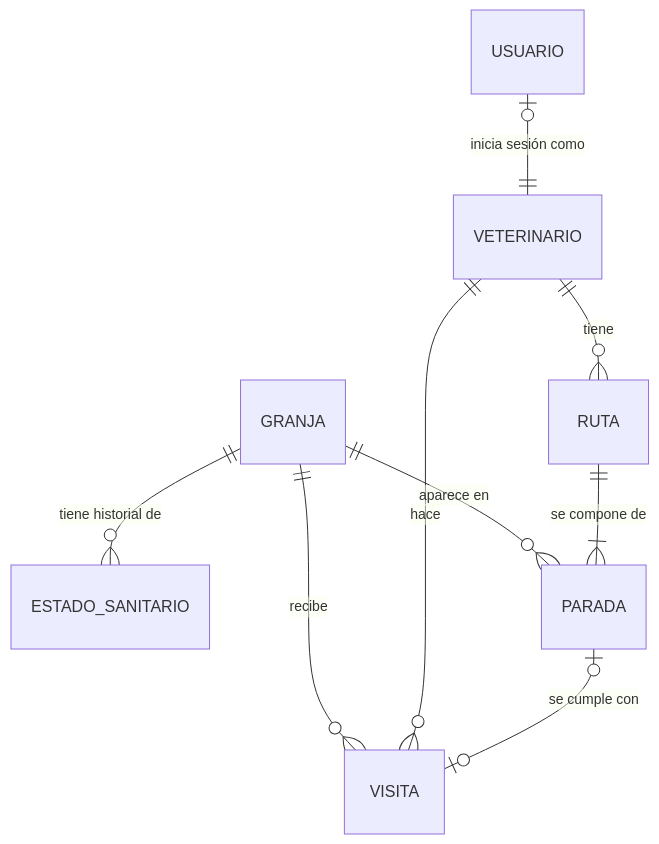
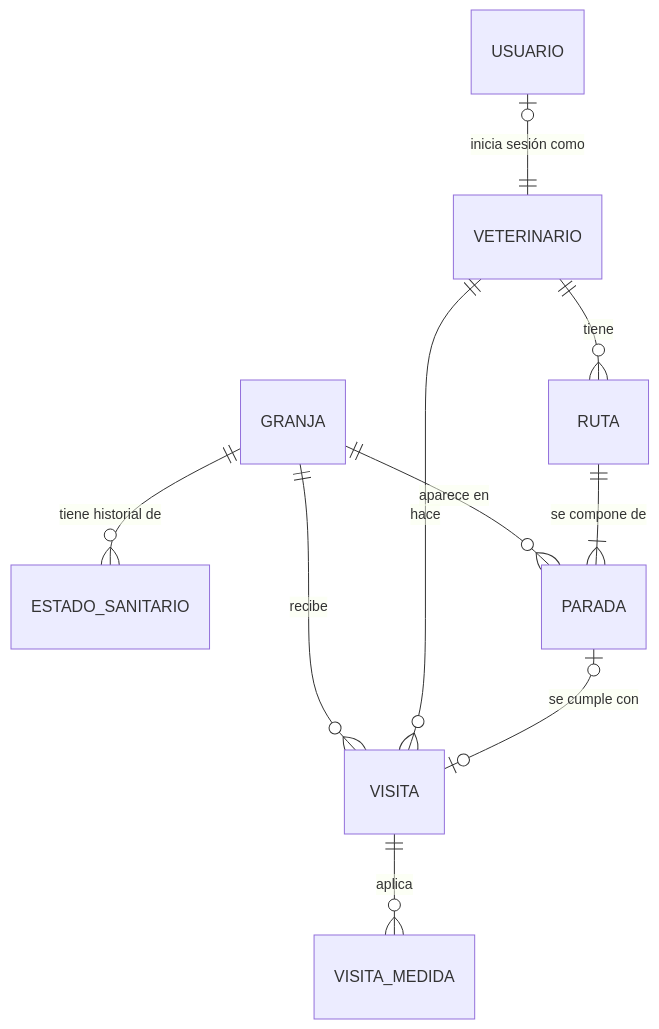
The diagram in docs/modelo-dominio.md (ottomedi/bioruta), drawn with Mermaid before and after one commit. The commit also changed other lines of this file and 3 other files, not shown here.

````diff
--- a/docs/modelo-dominio.md
+++ b/docs/modelo-dominio.md
@@ -13,11 +13,12 @@
 ```mermaid
 erDiagram
     GRANJA ||--o{ ESTADO_SANITARIO : "tiene historial de"
     GRANJA ||--o{ VISITA : "recibe"
     GRANJA ||--o{ PARADA : "aparece en"
     VETERINARIO ||--o{ VISITA : "hace"
+    VISITA ||--o{ VISITA_MEDIDA : "aplica"
     VETERINARIO ||--o{ RUTA : "tiene"
     RUTA ||--|{ PARADA : "se compone de"
     PARADA |o--o| VISITA : "se cumple con"
     USUARIO |o--|| VETERINARIO : "inicia sesión como"
 ```
````
